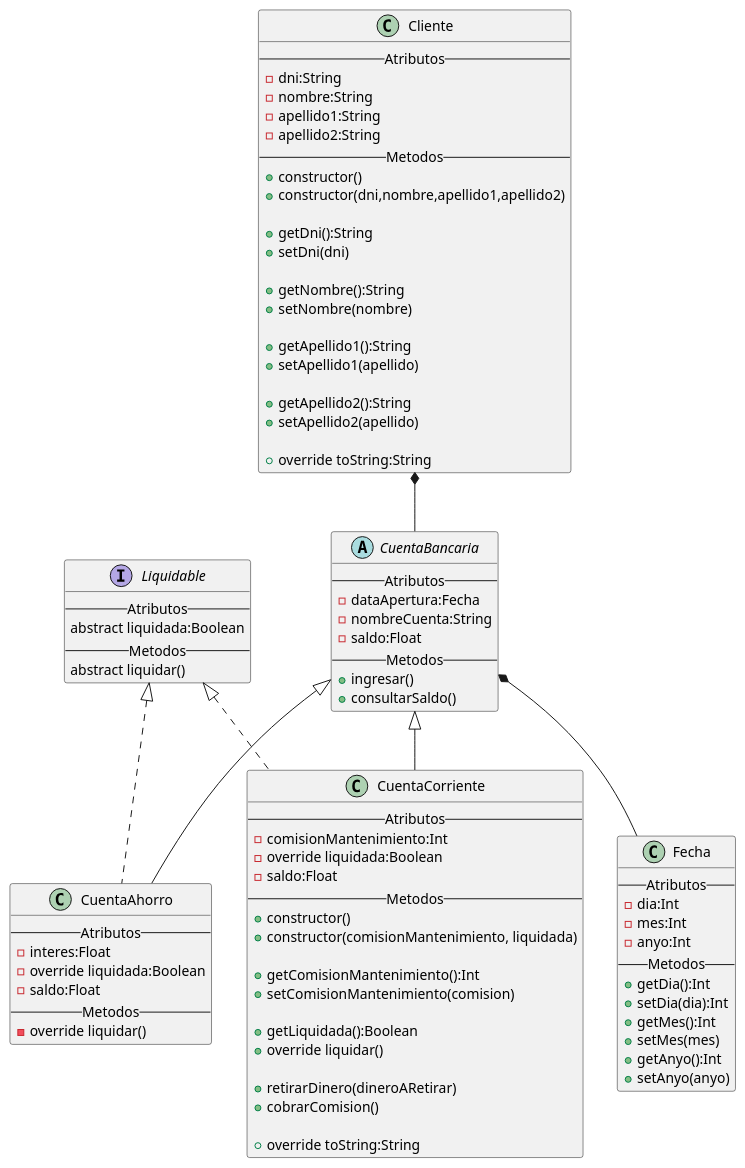
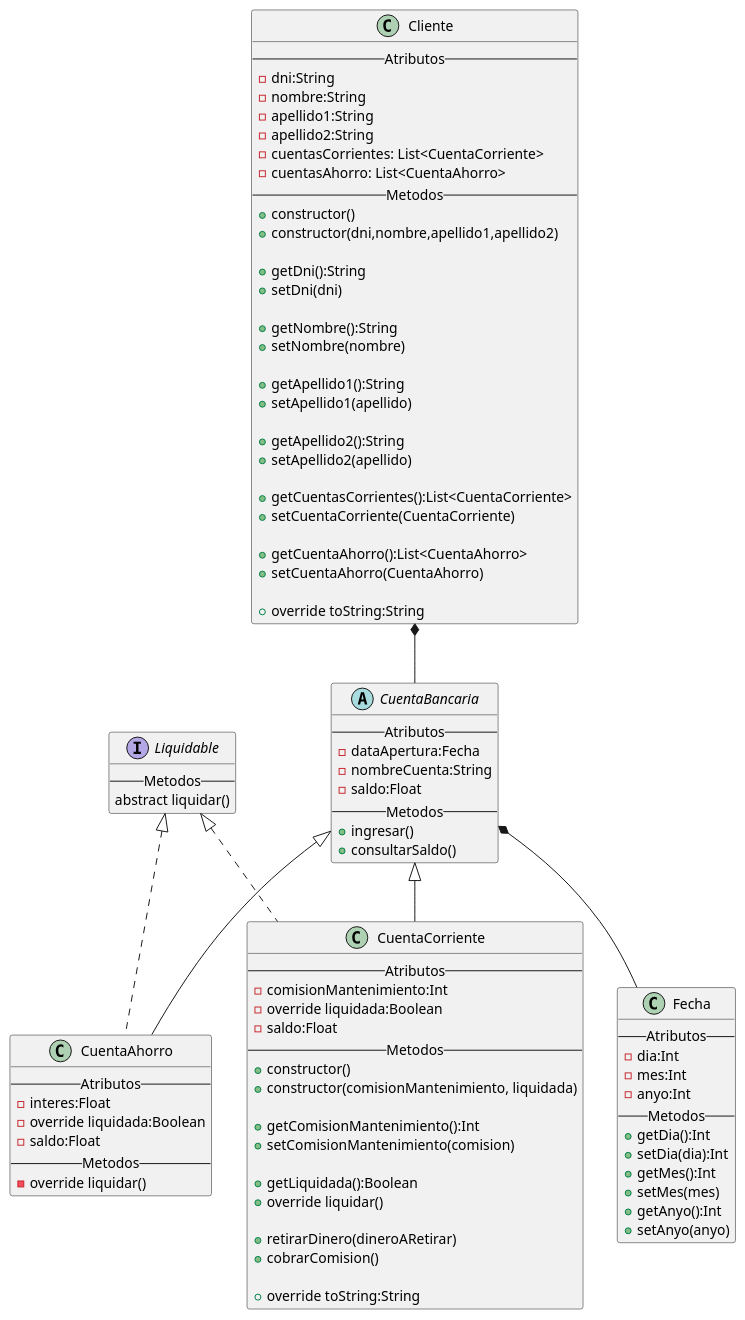
The diagram in src/main/kotlin/uml/DiagramaClasses.puml (MaxDronCode/LadronesLegales), drawn with PlantUML before and after one commit.

Commit message:
Actualizacion DiagramaClasses.puml

```diff
--- a/src/main/kotlin/uml/DiagramaClasses.puml
+++ b/src/main/kotlin/uml/DiagramaClasses.puml
@@ -1,103 +1,109 @@
 @startuml
 'https://plantuml.com/class-diagram
 
 class Cliente{
 --Atributos--
 -dni:String
 -nombre:String
 -apellido1:String
 -apellido2:String
+-cuentasCorrientes: List<CuentaCorriente>
+-cuentasAhorro: List<CuentaAhorro>
 --Metodos--
 +constructor()
 +constructor(dni,nombre,apellido1,apellido2)
 
 +getDni():String
 +setDni(dni)
 
 +getNombre():String
 +setNombre(nombre)
 
 +getApellido1():String
 +setApellido1(apellido)
 
 +getApellido2():String
 +setApellido2(apellido)
+
++getCuentasCorrientes():List<CuentaCorriente>
++setCuentaCorriente(CuentaCorriente)
+
++getCuentaAhorro():List<CuentaAhorro>
++setCuentaAhorro(CuentaAhorro)
 
 +override toString:String
 }
 abstract CuentaBancaria{
 --Atributos--
 -dataApertura:Fecha
 -nombreCuenta:String
 -saldo:Float
 --Metodos--
 +ingresar()
 +consultarSaldo()
 }
 
 class CuentaCorriente{
 --Atributos--
 -comisionMantenimiento:Int
 -override liquidada:Boolean
 -saldo:Float
 --Metodos--
 +constructor()
 +constructor(comisionMantenimiento, liquidada)
 
 +getComisionMantenimiento():Int
 +setComisionMantenimiento(comision)
 
 +getLiquidada():Boolean
 +override liquidar()
 
 +retirarDinero(dineroARetirar)
 +cobrarComision()
 
 +override toString:String
 }
 
 class CuentaAhorro{
 --Atributos--
 -interes:Float
 -override liquidada:Boolean
 -saldo:Float
 --Metodos--
 -override liquidar()
 }
 
 interface Liquidable {
---Atributos--
-abstract liquidada:Boolean
 --Metodos--
 abstract liquidar()
 }
 
 class Fecha {
 --Atributos--
 -dia:Int
 -mes:Int
 -anyo:Int
 --Metodos--
 +getDia():Int
 +setDia(dia):Int
 +getMes():Int
 +setMes(mes)
 +getAnyo():Int
 +setAnyo(anyo)
 }
 
 
 CuentaBancaria <|-- CuentaAhorro
 CuentaBancaria <|-- CuentaCorriente
 CuentaBancaria *-- Fecha
 
 Liquidable <|.. CuentaAhorro
 Liquidable <|.. CuentaCorriente
 
 Cliente *-- CuentaBancaria
 
 
 
 
 
 @enduml
```
